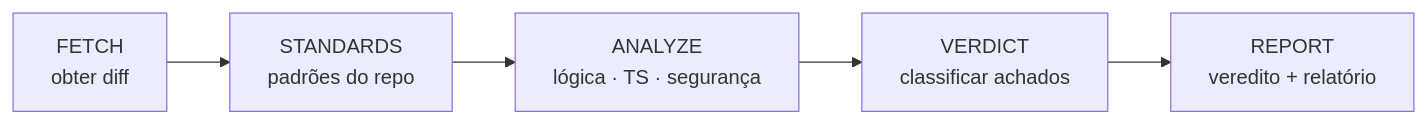
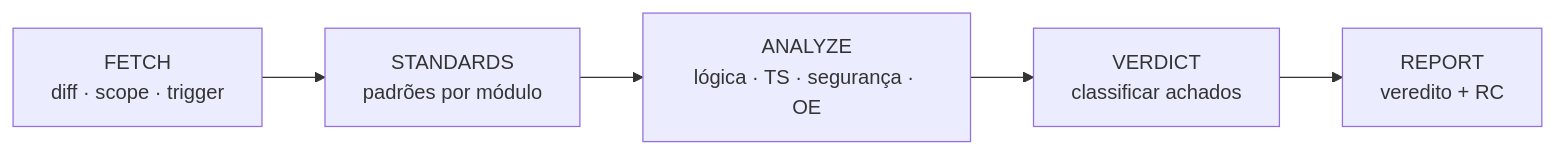
Before and after one commit to cardosoGu/PR-reviewer: the diagram in README.md, drawn with Mermaid. The commit also changed other lines of this file and 9 other files, not shown here.

````diff
--- a/README.md
+++ b/README.md
@@ -30,7 +31,7 @@
 ```mermaid
 flowchart LR
-    A["FETCH<br/>obter diff"] --> B["STANDARDS<br/>padrões do repo"]
-    B --> C["ANALYZE<br/>lógica · TS · segurança"]
+    A["FETCH<br/>diff · scope · trigger"] --> B["STANDARDS<br/>padrões por módulo"]
+    B --> C["ANALYZE<br/>lógica · TS · segurança · OE"]
     C --> D["VERDICT<br/>classificar achados"]
-    D --> E["REPORT<br/>veredito + relatório"]
+    D --> E["REPORT<br/>veredito + RC"]
 ```
````
